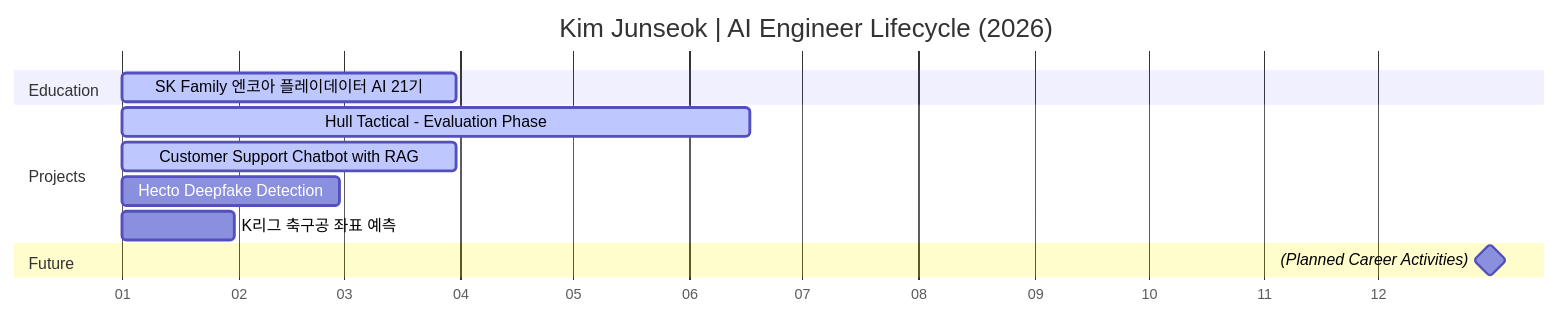
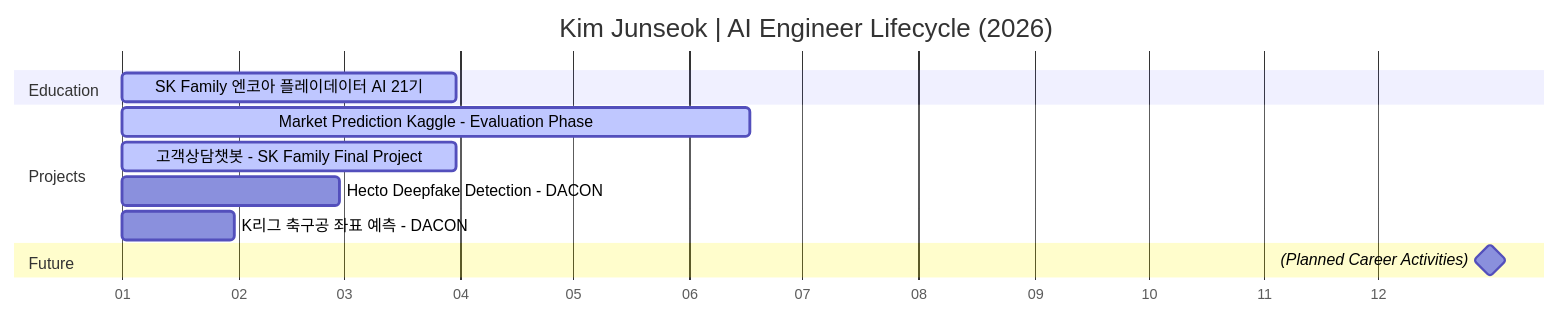
One commit to junreud/junreud changed the second of 2 diagrams in README.md. Above: the diagram before and after it, drawn with Mermaid. The commit also changed other lines of this file, not shown here.

Commit message:
준석_mermaid 그래프 수정

````diff
--- a/README.md
+++ b/README.md
@@ -28,19 +28,19 @@
 ```mermaid
 gantt
     title Kim Junseok | AI Engineer Lifecycle (2026)
     dateFormat  YYYY-MM-DD
     axisFormat  %m
     tickInterval 1month
 
     section Education
     SK Family 엔코아 플레이데이터 AI 21기      :active, edu1, 2026-01-01, 2026-03-31
 
     section Projects
-    Hull Tactical - Evaluation Phase         :active, p1_eval, 2026-01-01, 2026-06-17
-    Customer Support Chatbot with RAG        :active, p2, 2026-01-01, 2026-03-31
-    Hecto Deepfake Detection                 :p3, 2026-01-01, 2026-02-28
-    K리그 축구공 좌표 예측                     :p4, 2026-01-01, 2026-01-31
+    Market Prediction Kaggle - Evaluation Phase         :active, p1_eval, 2026-01-01, 2026-06-17
+    고객상담챗봇 - SK Family Final Project        :active, p2, 2026-01-01, 2026-03-31
+    Hecto Deepfake Detection - DACON                 :p3, 2026-01-01, 2026-02-28
+    K리그 축구공 좌표 예측 - DACON                     :p4, 2026-01-01, 2026-01-31
 
     section Future
     (Planned Career Activities)              :milestone, m2, 2026-12-31, 0d
 ```
````
